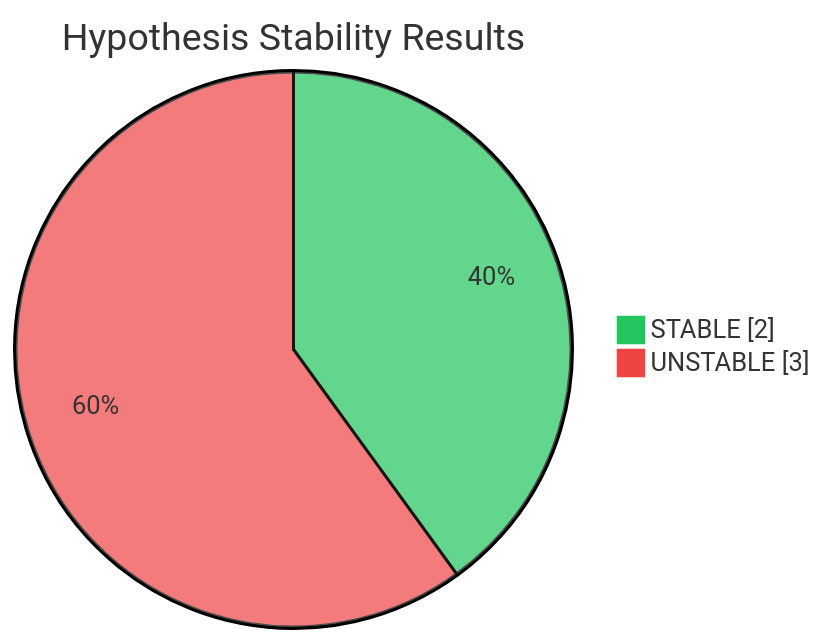
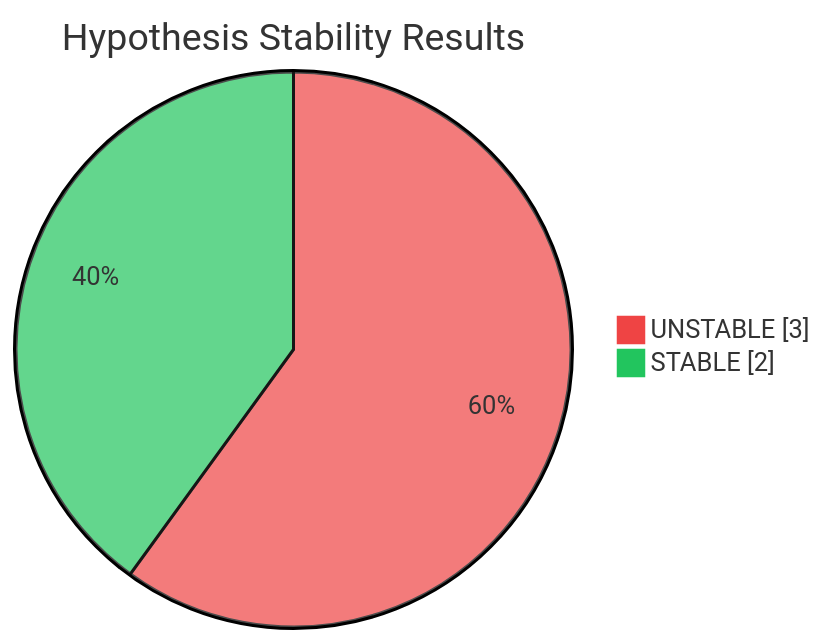
One commit to Peace-png/research-rural-australia-healthcare changed the diagram in README.md. Above: the diagram before and after it, drawn with Mermaid.

Commit message:
Swap pie chart colors - UNSTABLE=red, STABLE=green

````diff
--- a/README.md
+++ b/README.md
@@ -143,7 +143,7 @@
 ```mermaid
-%%{init: {'theme': 'base', 'themeVariables': { 'pie1': '#22c55e', 'pie2': '#ef4444', 'pieTitleFontSize': '18px'}}}%%
+%%{init: {'theme': 'base', 'themeVariables': { 'pie1': '#ef4444', 'pie2': '#22c55e', 'pieTitleFontSize': '18px'}}}%%
 pie showData
     title Hypothesis Stability Results
+    "UNSTABLE" : 3
     "STABLE" : 2
-    "UNSTABLE" : 3
 ```
````
